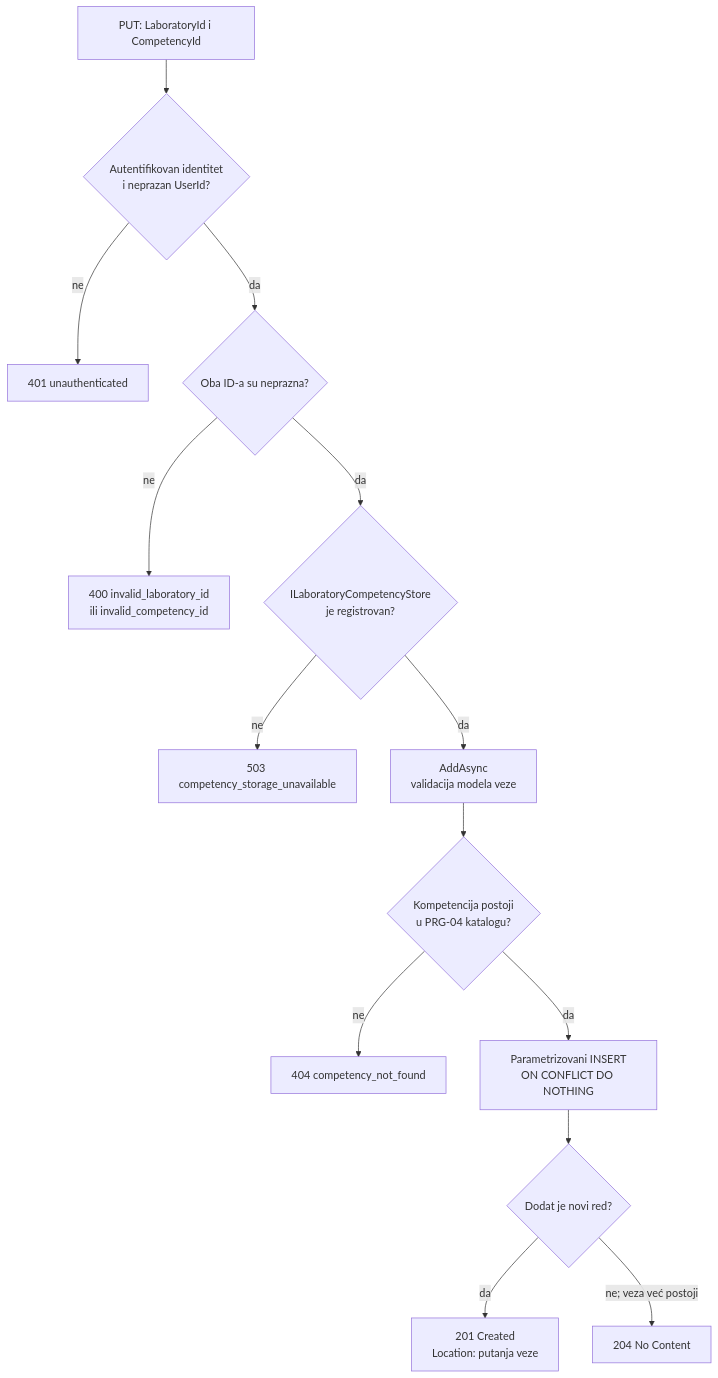
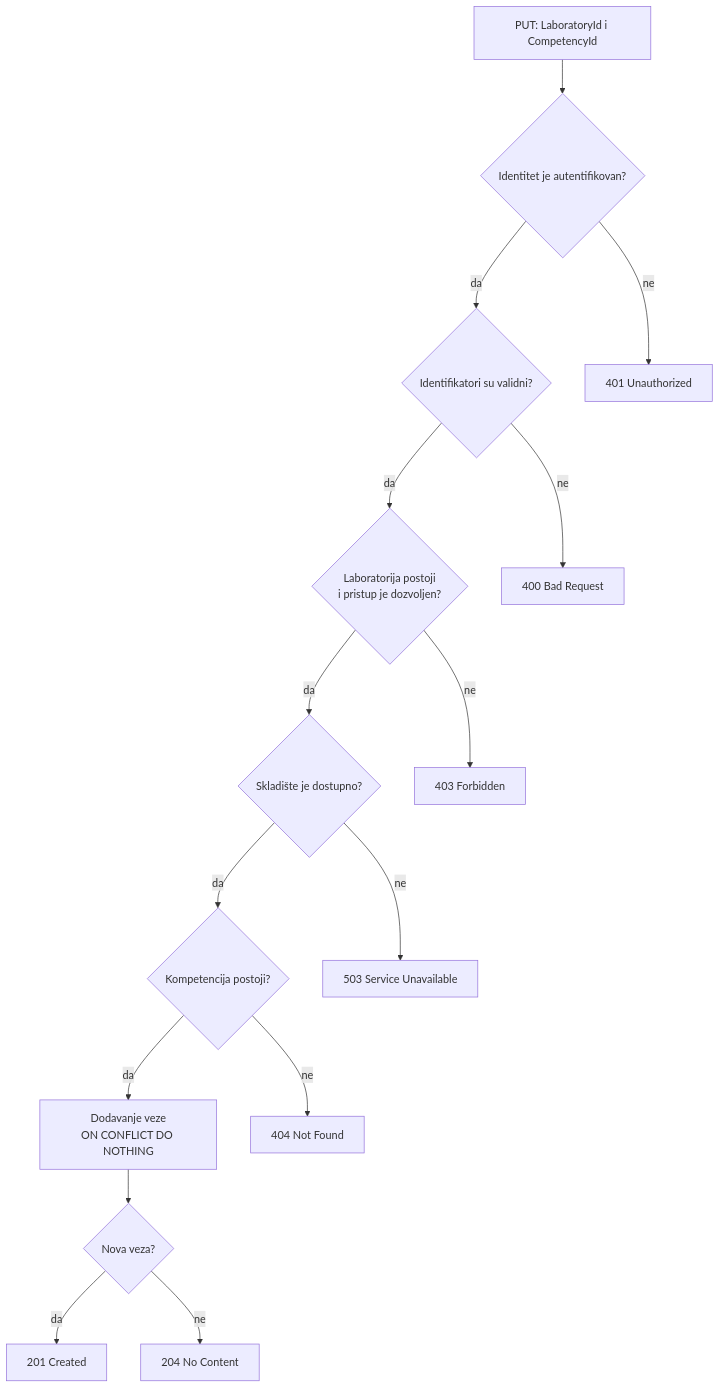
Before and after one commit to owlCoder/security-lab: the first of 2 diagrams in docs/components/PRG-04-mapping.md, drawn with Mermaid. The commit also changed other lines of this file and 1 other file, not shown here.

Commit message:
docs: revise PRG-04 architecture documentation

````diff
--- a/docs/components/PRG-04-mapping.md
+++ b/docs/components/PRG-04-mapping.md
@@ -32,16 +35,26 @@
 ```mermaid
 flowchart TB
-  START["PUT: LaboratoryId i CompetencyId"] --> AUTH{"Autentifikovan identitet<br/>i neprazan UserId?"}
-  AUTH -->|"ne"| E401["401 unauthenticated"]
-  AUTH -->|"da"| VALID{"Oba ID-a su neprazna?"}
-  VALID -->|"ne"| E400["400 invalid_laboratory_id<br/>ili invalid_competency_id"]
-  VALID -->|"da"| DI{"ILaboratoryCompetencyStore<br/>je registrovan?"}
-  DI -->|"ne"| E503["503 competency_storage_unavailable"]
-  DI -->|"da"| ADD["AddAsync<br/>validacija modela veze"]
-  ADD --> EXISTS{"Kompetencija postoji<br/>u PRG-04 katalogu?"}
-  EXISTS -->|"ne"| E404["404 competency_not_found"]
-  EXISTS -->|"da"| INSERT["Parametrizovani INSERT<br/>ON CONFLICT DO NOTHING"]
-  INSERT --> CREATED{"Dodat je novi red?"}
-  CREATED -->|"da"| R201["201 Created<br/>Location: putanja veze"]
-  CREATED -->|"ne; veza već postoji"| R204["204 No Content"]
+  START["PUT: LaboratoryId i CompetencyId"]
+  AUTH{"Identitet je autentifikovan?"}
+  ACCESS{"Laboratorija postoji<br/>i pristup je dozvoljen?"}
+  VALID{"Identifikatori su validni?"}
+  STORE{"Skladište je dostupno?"}
+  EXISTS{"Kompetencija postoji?"}
+  INSERT["Dodavanje veze<br/>ON CONFLICT DO NOTHING"]
+  CREATED{"Nova veza?"}
+
+  START --> AUTH
+  AUTH -->|"ne"| E401["401 Unauthorized"]
+  AUTH -->|"da"| VALID
+  VALID -->|"ne"| E400["400 Bad Request"]
+  VALID -->|"da"| ACCESS
+  ACCESS -->|"ne"| E403["403 Forbidden"]
+  ACCESS -->|"da"| STORE
+  STORE -->|"ne"| E503["503 Service Unavailable"]
+  STORE -->|"da"| EXISTS
+  EXISTS -->|"ne"| E404["404 Not Found"]
+  EXISTS -->|"da"| INSERT
+  INSERT --> CREATED
+  CREATED -->|"da"| R201["201 Created"]
+  CREATED -->|"ne"| R204["204 No Content"]
 ```
````
